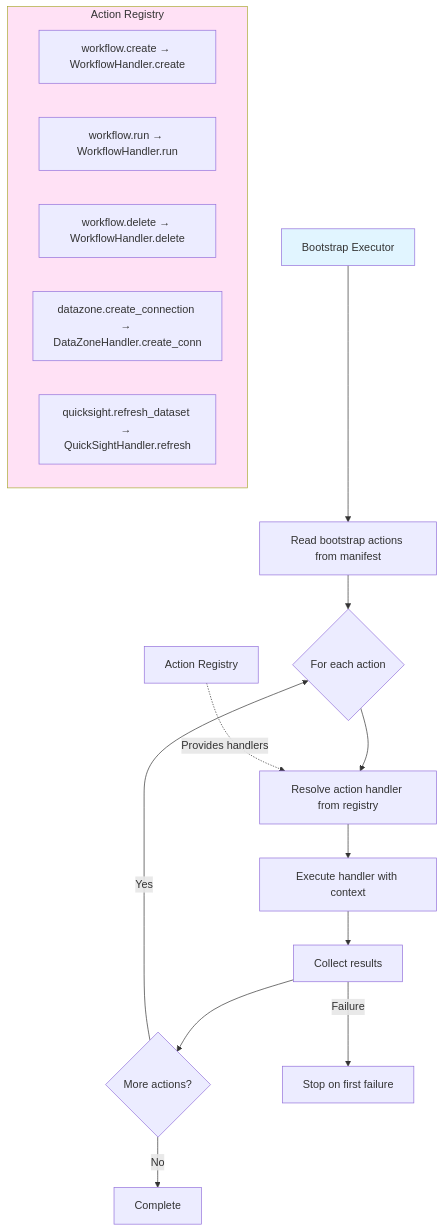
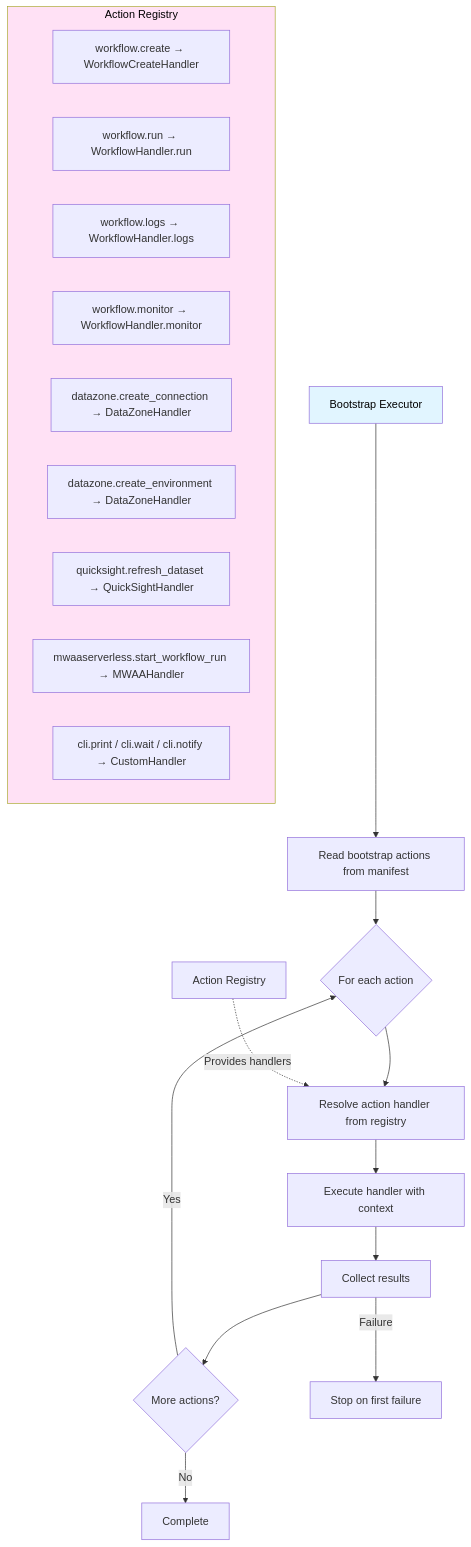
One commit to vasu2856/CICD-for-SageMakerUnifiedStudio-public changed the third of 11 diagrams in docs/architecture.md. Above: the diagram before and after it, drawn with Mermaid. The commit also changed other lines of this file and 24 other files, not shown here.

````diff
--- a/docs/architecture.md
+++ b/docs/architecture.md
@@ -248,25 +232,29 @@
 ```mermaid
 graph TD
     A[Bootstrap Executor] --> B[Read bootstrap actions from manifest]
     B --> C{For each action}
     C --> D[Resolve action handler from registry]
     D --> E[Execute handler with context]
     E --> F[Collect results]
     F --> G{More actions?}
     G -->|Yes| C
     G -->|No| H[Complete]
     F -->|Failure| I[Stop on first failure]
     
     J[Action Registry] -.->|Provides handlers| D
     
     subgraph Registry[Action Registry]
-        K[workflow.create → WorkflowHandler.create]
+        K[workflow.create → WorkflowCreateHandler]
         L[workflow.run → WorkflowHandler.run]
-        M[workflow.delete → WorkflowHandler.delete]
-        N[datazone.create_connection → DataZoneHandler.create_conn]
-        O[quicksight.refresh_dataset → QuickSightHandler.refresh]
+        L2[workflow.logs → WorkflowHandler.logs]
+        L3[workflow.monitor → WorkflowHandler.monitor]
+        N[datazone.create_connection → DataZoneHandler]
+        N2[datazone.create_environment → DataZoneHandler]
+        O[quicksight.refresh_dataset → QuickSightHandler]
+        P[mwaaserverless.start_workflow_run → MWAAHandler]
+        Q[cli.print / cli.wait / cli.notify → CustomHandler]
     end
     
-    style A fill:#e1f5ff
-    style Registry fill:#ffe1f5
+    style A fill:#e1f5ff,color:#000,font-weight:normal
+    style Registry fill:#ffe1f5,color:#000,font-weight:normal
 ```
````
